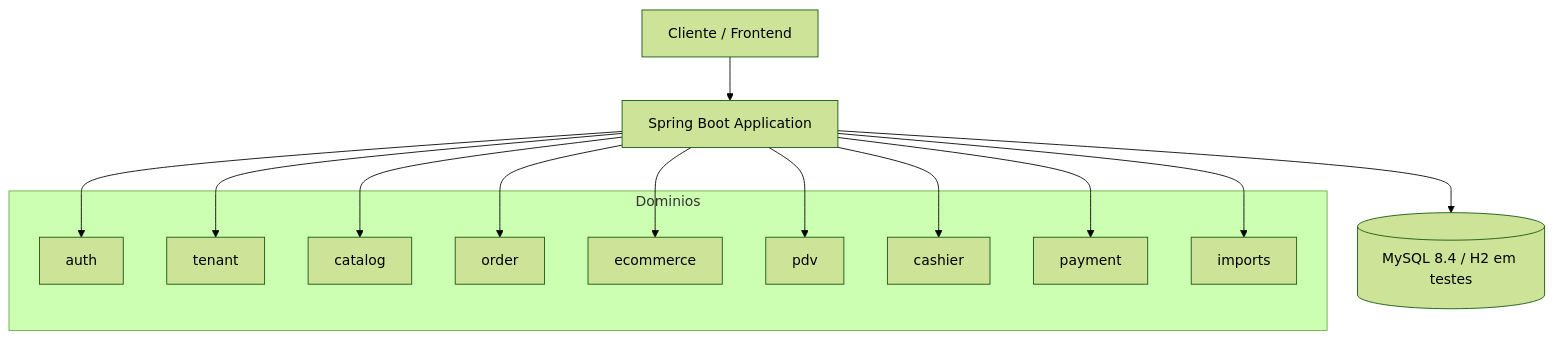
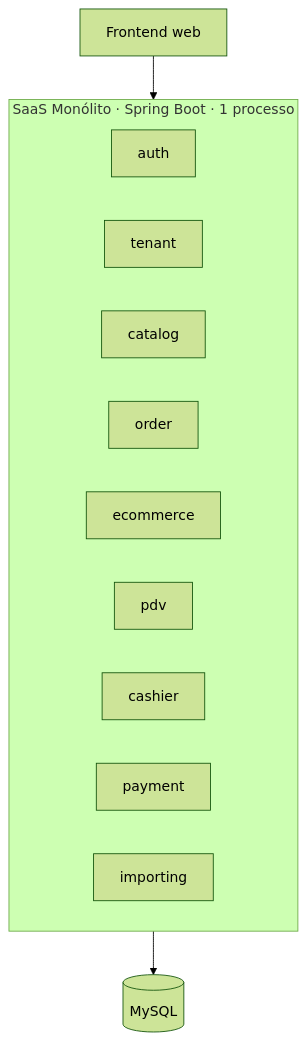
One commit to GabrielSantosv/ProjetoSaaS changed the first of 3 diagrams in README.md. Above: the diagram before and after it, drawn with Mermaid (forest theme). The commit also changed other lines of this file, not shown here.

````diff
--- a/README.md
+++ b/README.md
@@ -23,28 +38,16 @@
 ```mermaid
-graph TD
-    Client[Cliente / Frontend] --> App[Spring Boot Application]
-
-    subgraph Dominios
+graph TB
+    Web[Frontend web] --> Mono
+    subgraph Mono["SaaS Monólito · Spring Boot · 1 processo"]
         Auth[auth]
         Tenant[tenant]
         Catalog[catalog]
         Order[order]
         Ecommerce[ecommerce]
         Pdv[pdv]
         Cashier[cashier]
         Payment[payment]
-        Import[imports]
+        Importing[importing]
     end
-
-    App --> Auth
-    App --> Tenant
-    App --> Catalog
-    App --> Order
-    App --> Ecommerce
-    App --> Pdv
-    App --> Cashier
-    App --> Payment
-    App --> Import
-
-    App --> DB[(MySQL 8.4 / H2 em testes)]
+    Mono --> DB[(MySQL)]
 ```
````
